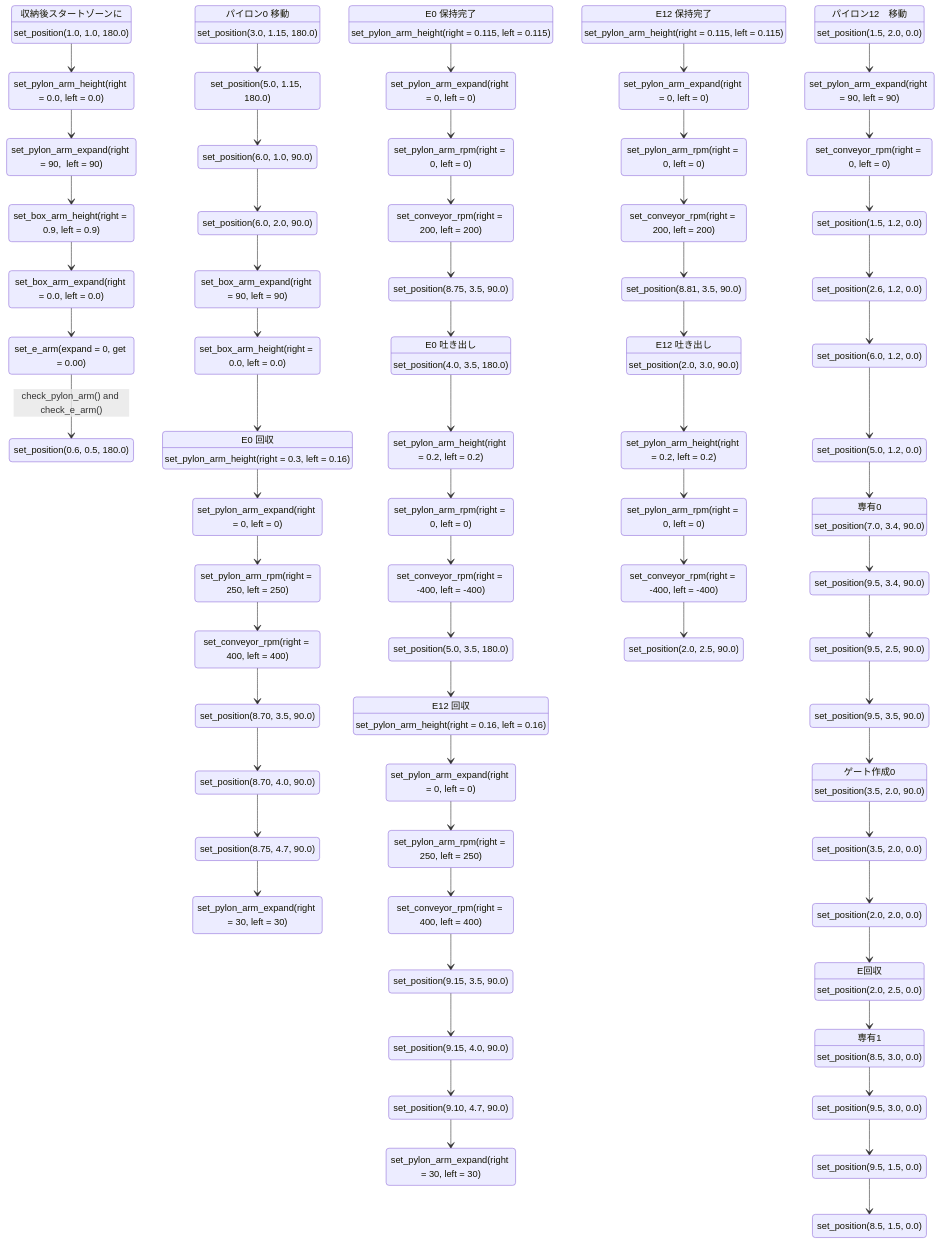
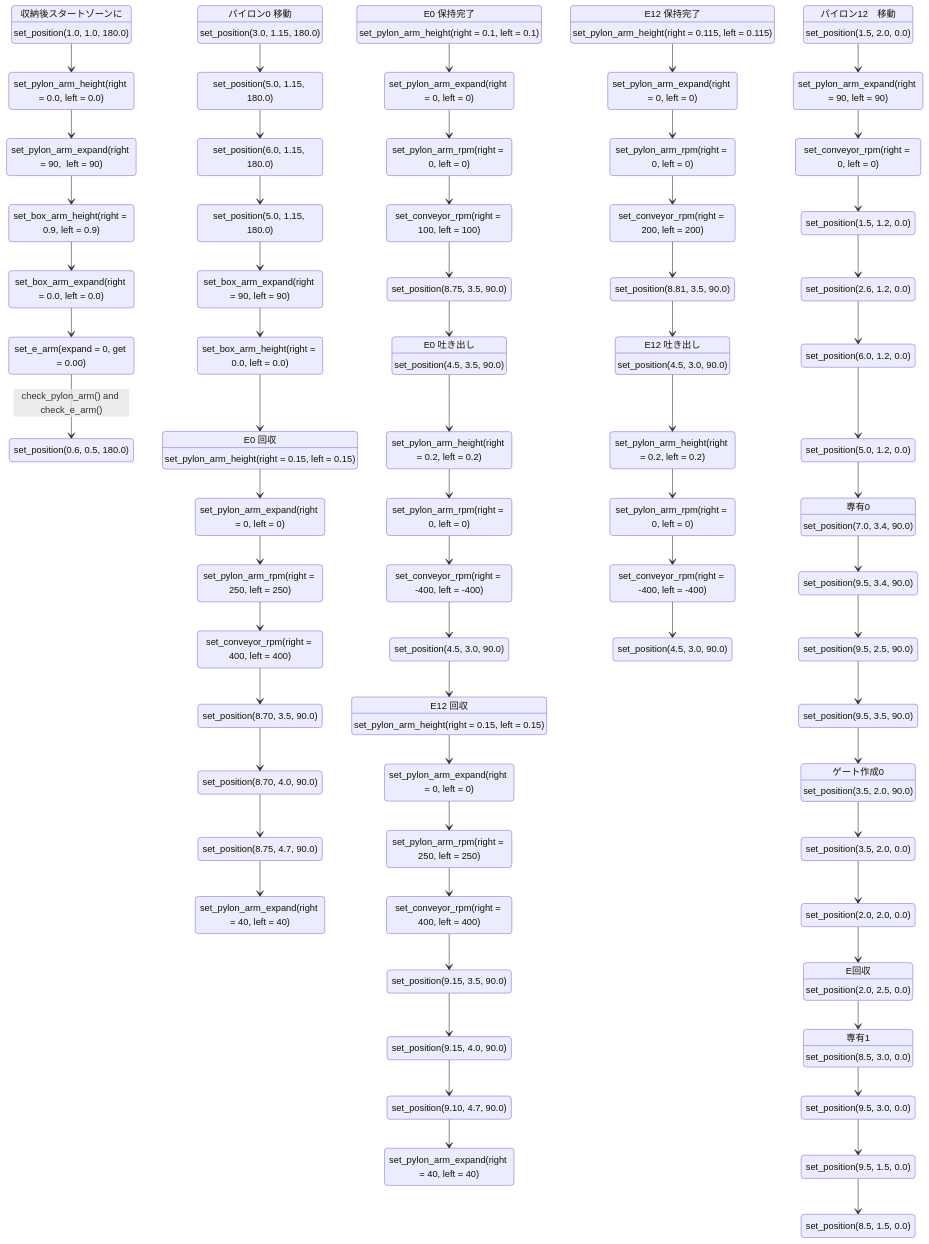
Before and after one commit to NITIC-Robot-Club/nhk2025b_ros2: the diagram in src/launch/nhk2025b_launch/state_graph/real.md, drawn with Mermaid. The commit also changed 4 other files, not shown here.

```diff
--- a/src/launch/nhk2025b_launch/state_graph/real.md
+++ b/src/launch/nhk2025b_launch/state_graph/real.md
@@ -21,8 +21,8 @@
     pylon_0_position_get   : パイロン0 移動
     pylon_0_position_get   : set_position(3.0, 1.15, 180.0)
     pylon_0_position_drop  : set_position(5.0, 1.15, 180.0)
-    pylon_0_position_out_0 : set_position(6.0, 1.0, 90.0)
-    pylon_0_position_out_1 : set_position(6.0, 2.0, 90.0)
+    pylon_0_position_out_0 : set_position(6.0, 1.15, 180.0)
+    pylon_0_position_out_1 : set_position(5.0, 1.15, 180.0)
     pylon_0_box_arm_expand : set_box_arm_expand(right = 90, left = 90)
     pylon_0_box_arm_height : set_box_arm_height(right = 0.0, left = 0.0)
 
@@ -34,14 +34,14 @@
     
 
     e_0_pylon_height_init : E0 回収
-    e_0_pylon_height_init : set_pylon_arm_height(right = 0.3, left = 0.16)
+    e_0_pylon_height_init : set_pylon_arm_height(right = 0.15, left = 0.15)
     e_0_pylon_expand_init : set_pylon_arm_expand(right = 0, left = 0)
     e_0_pylon_rpm_init    : set_pylon_arm_rpm(right = 250, left = 250)
     e_0_conveyor_init     : set_conveyor_rpm(right = 400, left = 400)
     e_0_position_init_0   : set_position(8.70, 3.5, 90.0)
     e_0_position_init_1   : set_position(8.70, 4.0, 90.0)
     e_0_position_get      : set_position(8.75, 4.7, 90.0)
-    e_0_pylon_expand_get  : set_pylon_arm_expand(right = 30, left = 30)
+    e_0_pylon_expand_get  : set_pylon_arm_expand(right = 40, left = 40)
 
     pylon_0_box_arm_height --> e_0_pylon_height_init
     e_0_pylon_height_init  --> e_0_pylon_expand_init
@@ -54,10 +54,10 @@
 
 
     e_0_pylon_height_hold : E0 保持完了
-    e_0_pylon_height_hold : set_pylon_arm_height(right = 0.115, left = 0.115)
+    e_0_pylon_height_hold : set_pylon_arm_height(right = 0.1, left = 0.1)
     e_0_pylon_expand_hold : set_pylon_arm_expand(right = 0, left = 0)
     e_0_pylon_rpm_hold    : set_pylon_arm_rpm(right = 0, left = 0)
-    e_0_conveyor_hold     : set_conveyor_rpm(right = 200, left = 200)
+    e_0_conveyor_hold     : set_conveyor_rpm(right = 100, left = 100)
     e_0_position_hold     : set_position(8.75, 3.5, 90.0)
 
     e_0_pylon_height_hold --> e_0_pylon_expand_hold
@@ -67,11 +67,11 @@
     
 
     e_0_position_drop     : E0 吐き出し
-    e_0_position_drop     : set_position(4.0, 3.5, 180.0)
+    e_0_position_drop     : set_position(4.5, 3.5, 90.0)
     e_0_pylon_height_drop : set_pylon_arm_height(right = 0.2, left = 0.2)
     e_0_pylon_rpm_drop    : set_pylon_arm_rpm(right = 0, left = 0)
     e_0_conveyor_drop     : set_conveyor_rpm(right = -400, left = -400)
-    e_0_position_drop_out : set_position(5.0, 3.5, 180.0)
+    e_0_position_drop_out : set_position(4.5, 3.0, 90.0)
     
     e_0_position_hold    --> e_0_position_drop
     e_0_position_drop     --> e_0_pylon_height_drop
@@ -81,14 +81,14 @@
     
 
     e_12_pylon_height_init : E12 回収
-    e_12_pylon_height_init : set_pylon_arm_height(right = 0.16, left = 0.16)
+    e_12_pylon_height_init : set_pylon_arm_height(right = 0.15, left = 0.15)
     e_12_pylon_expand_init : set_pylon_arm_expand(right = 0, left = 0)
     e_12_pylon_rpm_init    : set_pylon_arm_rpm(right = 250, left = 250)
     e_12_conveyor_init     : set_conveyor_rpm(right = 400, left = 400)
     e_12_position_init_0   : set_position(9.15, 3.5, 90.0)
     e_12_position_init_1   : set_position(9.15, 4.0, 90.0)
     e_12_position_get      : set_position(9.10, 4.7, 90.0)
-    e_12_pylon_expand_get  : set_pylon_arm_expand(right = 30, left = 30)
+    e_12_pylon_expand_get  : set_pylon_arm_expand(right = 40, left = 40)
 
     e_0_position_drop_out  --> e_12_pylon_height_init
     e_12_pylon_height_init --> e_12_pylon_expand_init
@@ -114,11 +114,11 @@
 
 
     e_12_position_drop     : E12 吐き出し
-    e_12_position_drop     : set_position(2.0, 3.0, 90.0)
+    e_12_position_drop     : set_position(4.5, 3.0, 90.0)
     e_12_pylon_height_drop : set_pylon_arm_height(right = 0.2, left = 0.2)
     e_12_pylon_rpm_drop    : set_pylon_arm_rpm(right = 0, left = 0)
     e_12_conveyor_drop     : set_conveyor_rpm(right = -400, left = -400)
-    e_12_position_drop_out : set_position(2.0, 2.5, 90.0)
+    e_12_position_drop_out : set_position(4.5, 3.0, 90.0)
     
     e_12_position_hold     --> e_12_position_drop
     e_12_position_drop     --> e_12_pylon_height_drop
```
